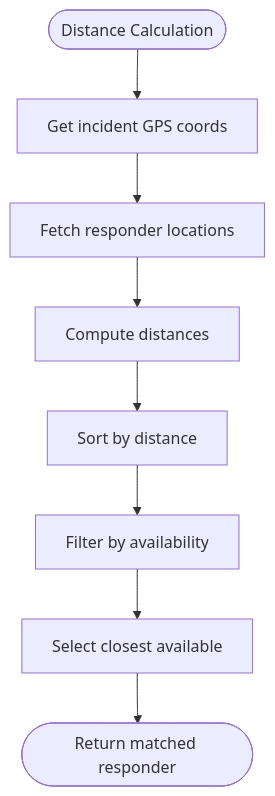
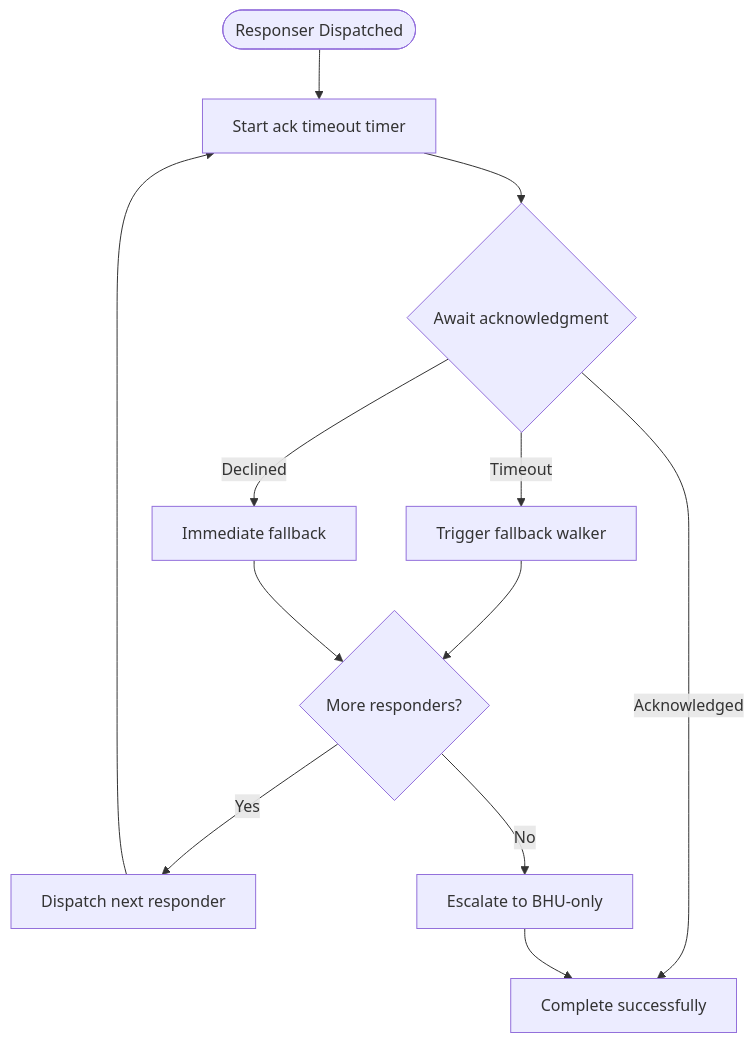
The sixth of 8 diagrams in .qoder/repowiki/en/content/Matching & Dispatch Engine.md (M-Rumman/LifeLine-Ride), drawn with Mermaid before and after one commit. The commit also changed other lines of this file and 46 other files, not shown here.

````diff
--- a/.qoder/repowiki/en/content/Matching & Dispatch Engine.md
+++ b/.qoder/repowiki/en/content/Matching & Dispatch Engine.md
@@ -301,10 +250,14 @@
 ```mermaid
 flowchart TD
-Start(["Distance Calculation"]) --> GetCoords["Get incident GPS coords"]
-GetCoords --> GetResponders["Fetch responder locations"]
-GetResponders --> ComputeDist["Compute distances"]
-ComputeDist --> SortDist["Sort by distance"]
-SortDist --> FilterAvail["Filter by availability"]
-FilterAvail --> SelectClosest["Select closest available"]
-SelectClosest --> End(["Return matched responder"])
+Start(["Responser Dispatched"]) --> StartTimer["Start ack timeout timer"]
+StartTimer --> WaitAck{"Await acknowledgment"}
+WaitAck --> |Acknowledged| Complete["Complete successfully"]
+WaitAck --> |Timeout| Fallback["Trigger fallback walker"]
+WaitAck --> |Declined| ImmediateFallback["Immediate fallback"]
+Fallback --> CheckNext{"More responders?"}
+ImmediateFallback --> CheckNext
+CheckNext --> |Yes| NextResponder["Dispatch next responder"]
+CheckNext --> |No| EscalateBHU["Escalate to BHU-only"]
+NextResponder --> StartTimer
+EscalateBHU --> Complete
 ```
````
